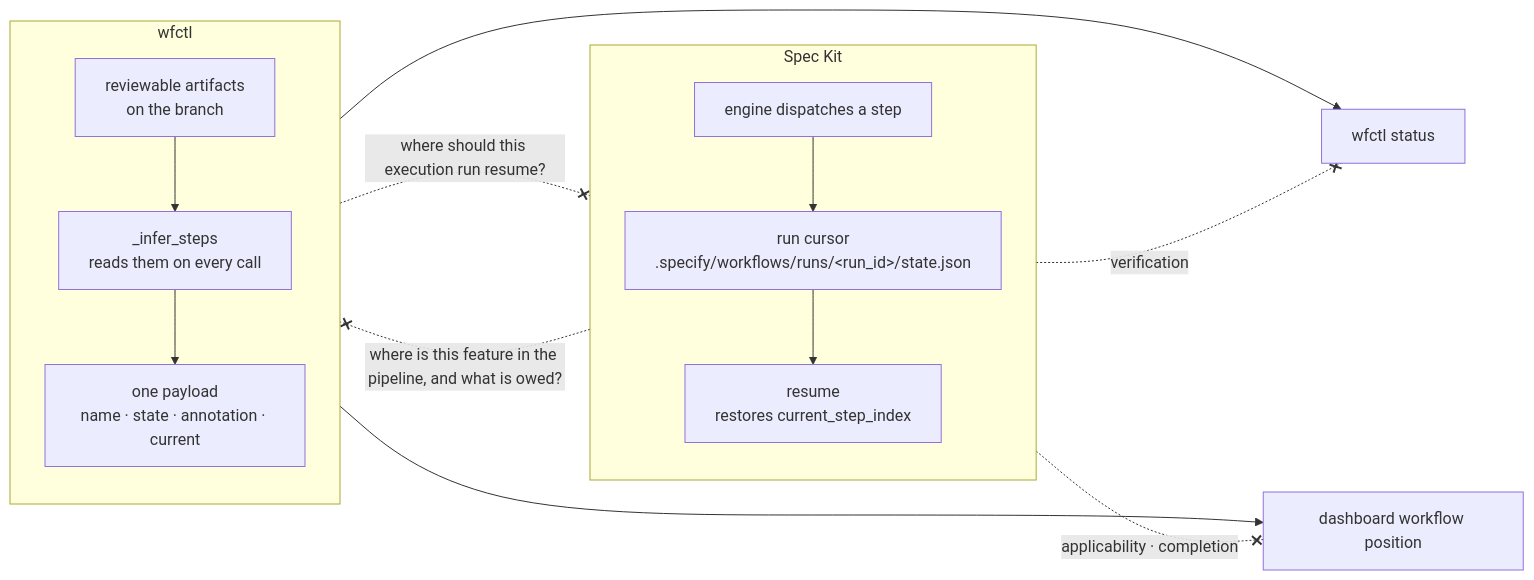
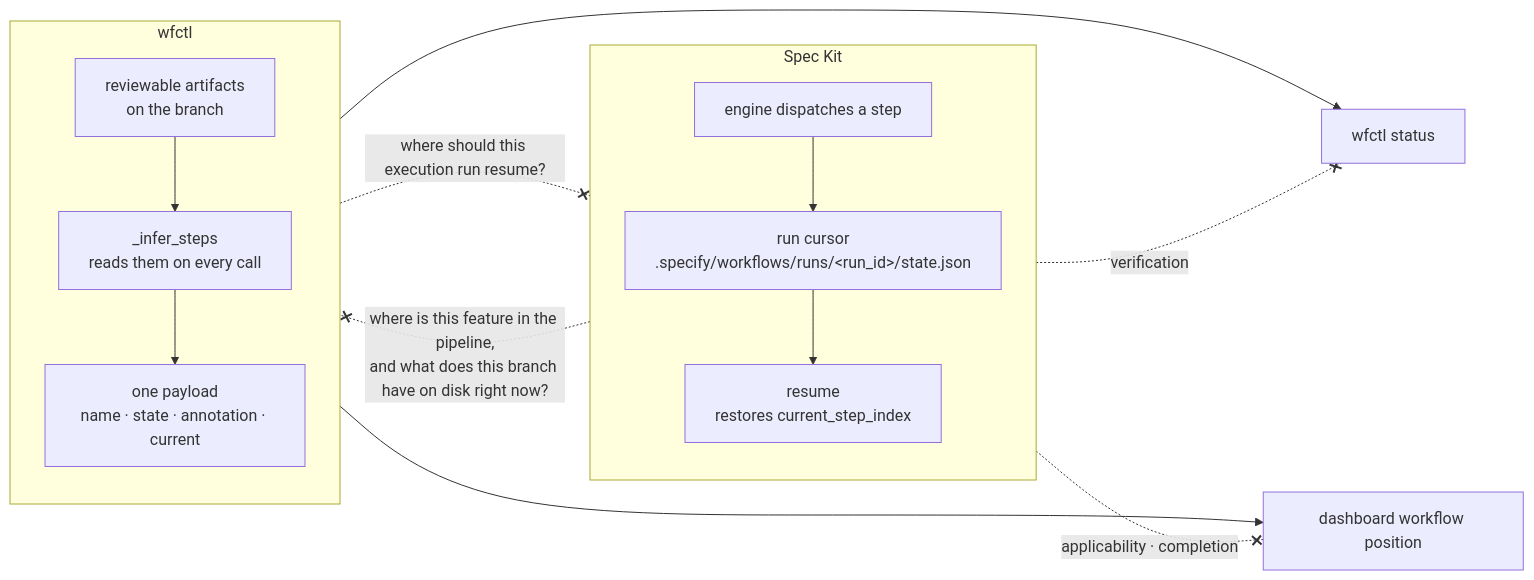
The diagram in docs/architecture/a-run-cursor-is-execution-state-not-evidence.md (aamarin/wfctl), drawn with Mermaid before and after one commit. The commit also changed other lines of this file, not shown here.

````diff
--- a/docs/architecture/a-run-cursor-is-execution-state-not-evidence.md
+++ b/docs/architecture/a-run-cursor-is-execution-state-not-evidence.md
@@ -91,25 +102,25 @@
 ```mermaid
 flowchart LR
     subgraph speckit["Spec Kit"]
         direction TB
         E["engine dispatches a step"]
         R["run cursor<br>.specify/workflows/runs/&lt;run_id&gt;/state.json"]
         RES["resume<br>restores current_step_index"]
     end
     subgraph wfctl["wfctl"]
         direction TB
         A["reviewable artifacts<br>on the branch"]
         D["_infer_steps<br>reads them on every call"]
         P["one payload<br>name · state · annotation · current"]
     end
     S["wfctl status"]
     DB["dashboard workflow position"]
     E --> R --> RES
     A --> D --> P
     P --> S
     P --> DB
-    R -. "where is this feature in the pipeline, and what is owed?" .-x P
+    R -. "where is this feature in the pipeline,<br>and what does this branch have on disk right now?" .-x P
     R -. "verification" .-x S
     R -. "applicability · completion" .-x DB
     D -. "where should this execution run resume?" .-x R
 ```
````
